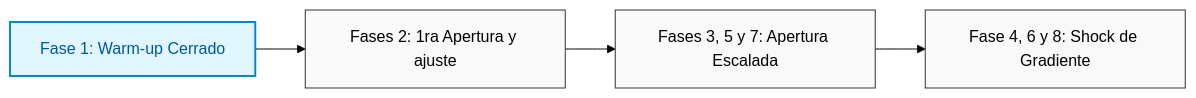
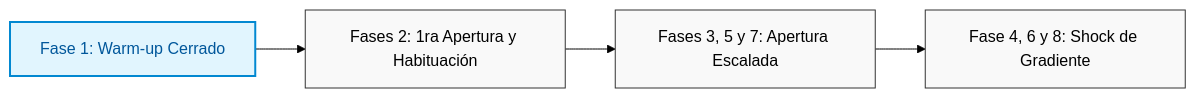
One commit to audemx/Computer-Vision-for-Age-Verification-Good-Seed changed the diagram in README.md. Above: the diagram before and after it, drawn with Mermaid (forest theme). The commit also changed other lines of this file, not shown here.

````diff
--- a/README.md
+++ b/README.md
@@ -47,12 +47,12 @@
 ```mermaid
 graph LR
     %% Configuración de Estilos
     classDef default fill:#f9f9f9,stroke:#333,stroke-width:1px,color:#000;
     classDef highlight fill:#e1f5fe,stroke:#0288d1,stroke-width:2px,color:#01579b;
 
-    1[Fase 1: Warm-up Cerrado] --> 2[Fases 2: 1ra Apertura y ajuste]
+    1[Fase 1: Warm-up Cerrado] --> 2[Fases 2: 1ra Apertura y Habituación]
     2 --> 3[Fases 3, 5 y 7: Apertura Escalada]
     3 --> 4[Fase 4, 6 y 8: Shock de Gradiente]
 
-    class 1,8 highlight;
+    class 1 highlight;
 ```
````
